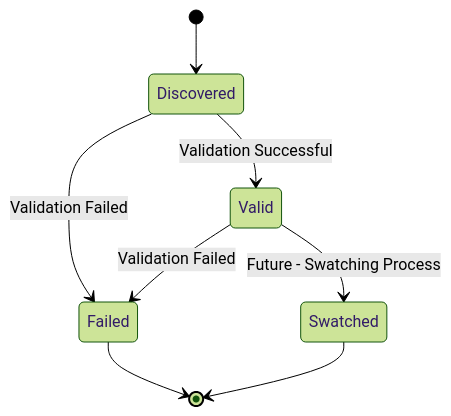
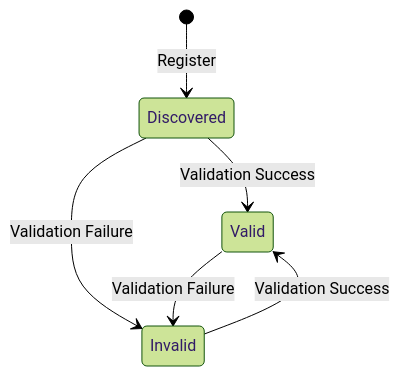
One commit to pandallel/quilt changed the first of 2 diagrams in docs/src/features/materials/material-architecture.md. Above: the diagram before and after it, drawn with Mermaid (forest theme). The commit also changed other lines of this file and 7 other files, not shown here.

````diff
--- a/docs/src/features/materials/material-architecture.md
+++ b/docs/src/features/materials/material-architecture.md
@@ -41,12 +105,8 @@
 ```mermaid
 stateDiagram-v2
-    [*] --> Discovered
-    Discovered --> Valid : Validation Successful
-    Discovered --> Failed : Validation Failed
-    Valid --> Failed : Validation Failed
-    Failed --> [*]
-
-    %% Future States (Phase 2)
-    Valid --> Swatched : Future - Swatching Process
-    Swatched --> [*]
+    [*] --> Discovered: Register
+    Discovered --> Valid: Validation Success
+    Discovered --> Invalid: Validation Failure
+    Valid --> Invalid: Validation Failure
+    Invalid --> Valid: Validation Success
 ```
````
